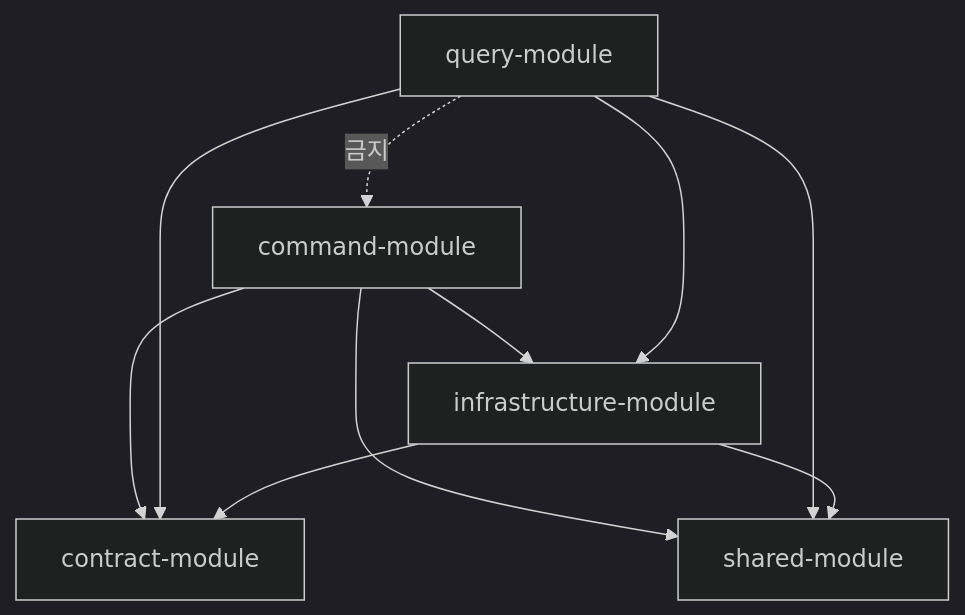
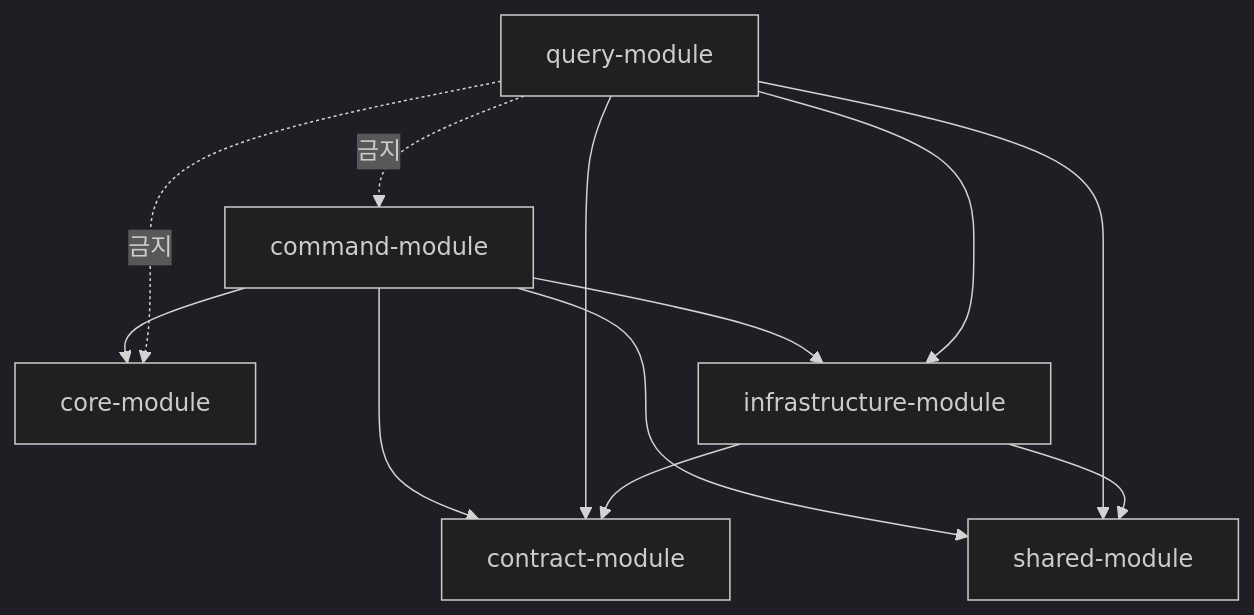
Before and after one commit to newkayak12/prototype-reservation-system: the diagram in docs/v2/design_doc/01-module-structure.md, drawn with Mermaid (dark theme). The commit also changed other lines of this file and 36 other files, not shown here.

````diff
--- a/docs/v2/design_doc/01-module-structure.md
+++ b/docs/v2/design_doc/01-module-structure.md
@@ -70,19 +79,22 @@
 ```mermaid
 graph TD
     contract[contract-module]
     shared[shared-module]
+    core[core-module]
     infra[infrastructure-module]
     cmd[command-module]
     qry[query-module]
 
+    cmd --> core
     cmd --> contract
     cmd --> infra
     cmd --> shared
     qry --> contract
     qry --> infra
     qry --> shared
     infra --> contract
     infra --> shared
 
     qry -. 금지 .-> cmd
+    qry -. 금지 .-> core
 ```
````
